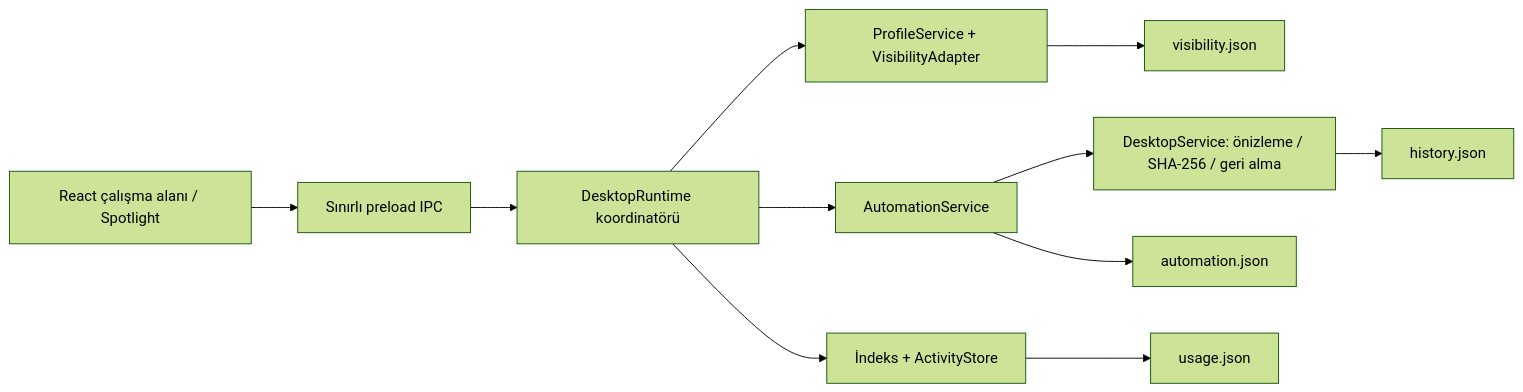
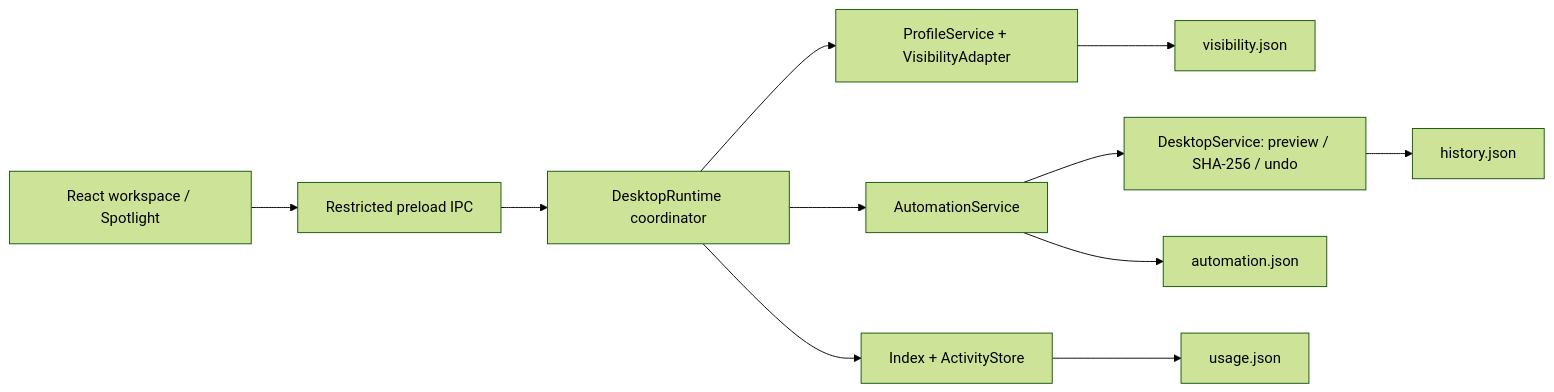
Before and after one commit to Huseyinhk61/DarkDesk: the diagram in docs/ECOSYSTEM.md, drawn with Mermaid (forest theme). The commit also changed other lines of this file and 40 other files, not shown here.

````diff
--- a/docs/ECOSYSTEM.md
+++ b/docs/ECOSYSTEM.md
@@ -77,13 +77,13 @@
 ```mermaid
 flowchart LR
-  UI[React çalışma alanı / Spotlight] --> IPC[Sınırlı preload IPC]
-  IPC --> R[DesktopRuntime koordinatörü]
+  UI[React workspace / Spotlight] --> IPC[Restricted preload IPC]
+  IPC --> R[DesktopRuntime coordinator]
   R --> P[ProfileService + VisibilityAdapter]
   R --> A[AutomationService]
-  R --> L[İndeks + ActivityStore]
-  A --> F[DesktopService: önizleme / SHA-256 / geri alma]
+  R --> L[Index + ActivityStore]
+  A --> F[DesktopService: preview / SHA-256 / undo]
   P --> V[visibility.json]
   L --> U[usage.json]
   A --> S[automation.json]
   F --> H[history.json]
 ```
````
